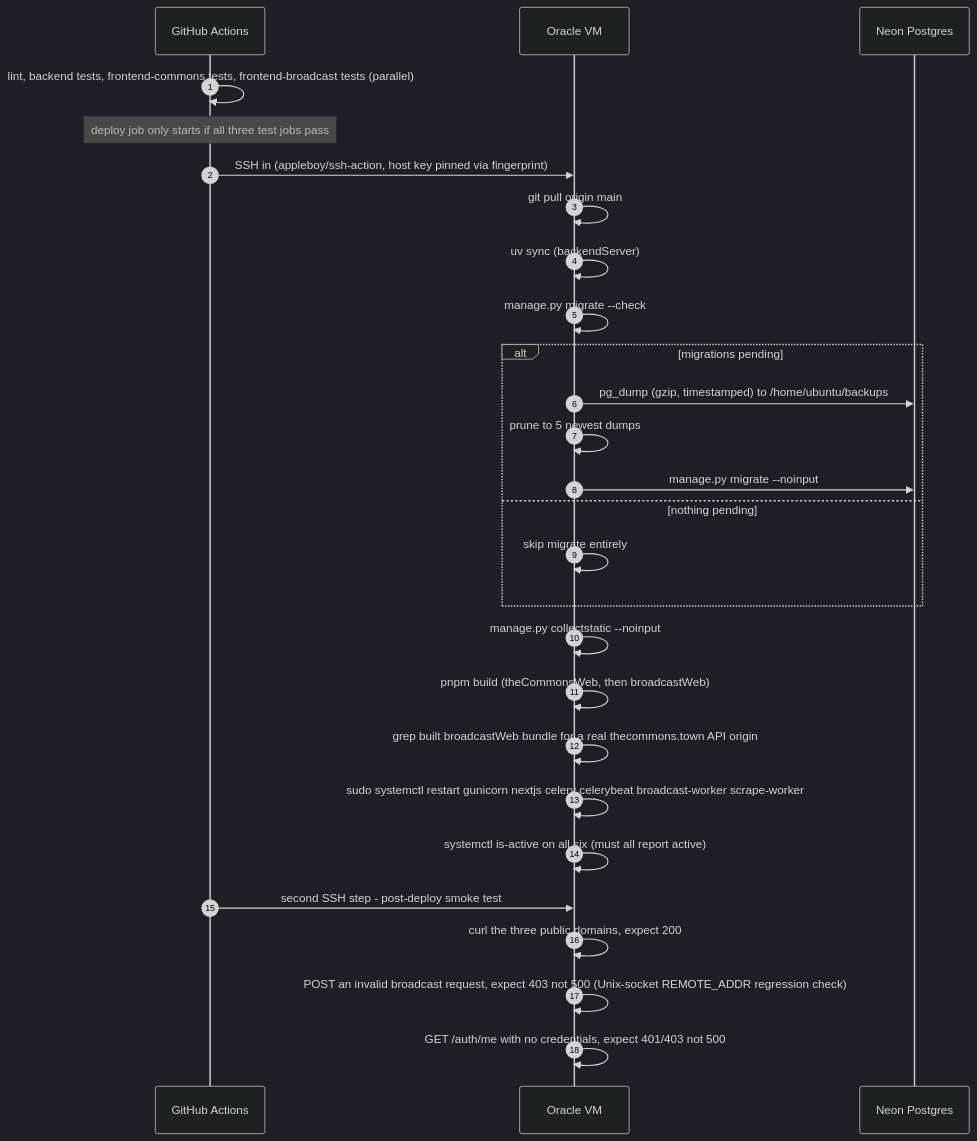
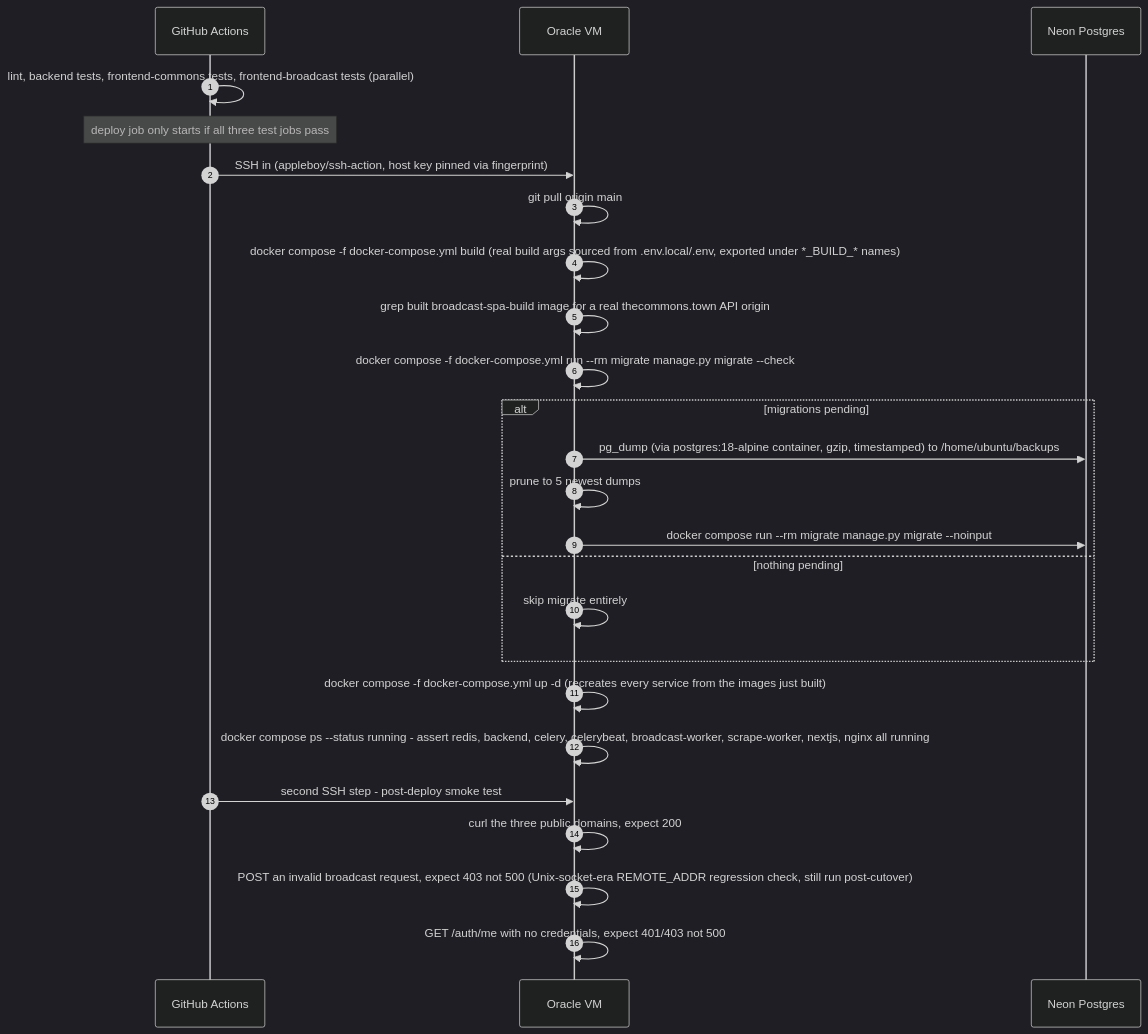
The second of 4 diagrams in human-docs/deploy-ops.md (gatherstead/thecommons), drawn with Mermaid (dark theme) before and after one commit. The commit also changed other lines of this file and 11 other files, not shown here.

````diff
--- a/human-docs/deploy-ops.md
+++ b/human-docs/deploy-ops.md
@@ -91,30 +118,28 @@
 ```mermaid
 sequenceDiagram
     autonumber
     participant GH as GitHub Actions
     participant VM as Oracle VM
     participant PG as Neon Postgres
 
     GH->>GH: lint, backend tests, frontend-commons tests, frontend-broadcast tests (parallel)
     Note over GH: deploy job only starts if all three test jobs pass
     GH->>VM: SSH in (appleboy/ssh-action, host key pinned via fingerprint)
     VM->>VM: git pull origin main
-    VM->>VM: uv sync (backendServer)
-    VM->>VM: manage.py migrate --check
+    VM->>VM: docker compose -f docker-compose.yml build (real build args sourced from .env.local/.env, exported under *_BUILD_* names)
+    VM->>VM: grep built broadcast-spa-build image for a real thecommons.town API origin
+    VM->>VM: docker compose -f docker-compose.yml run --rm migrate manage.py migrate --check
     alt migrations pending
-        VM->>PG: pg_dump (gzip, timestamped) to /home/ubuntu/backups
+        VM->>PG: pg_dump (via postgres:18-alpine container, gzip, timestamped) to /home/ubuntu/backups
         VM->>VM: prune to 5 newest dumps
-        VM->>PG: manage.py migrate --noinput
+        VM->>PG: docker compose run --rm migrate manage.py migrate --noinput
     else nothing pending
         VM->>VM: skip migrate entirely
     end
-    VM->>VM: manage.py collectstatic --noinput
-    VM->>VM: pnpm build (theCommonsWeb, then broadcastWeb)
-    VM->>VM: grep built broadcastWeb bundle for a real thecommons.town API origin
-    VM->>VM: sudo systemctl restart gunicorn nextjs celery celerybeat broadcast-worker scrape-worker
-    VM->>VM: systemctl is-active on all six (must all report active)
+    VM->>VM: docker compose -f docker-compose.yml up -d (recreates every service from the images just built)
+    VM->>VM: docker compose ps --status running - assert redis, backend, celery, celerybeat, broadcast-worker, scrape-worker, nextjs, nginx all running
     GH->>VM: second SSH step - post-deploy smoke test
     VM->>VM: curl the three public domains, expect 200
-    VM->>VM: POST an invalid broadcast request, expect 403 not 500 (Unix-socket REMOTE_ADDR regression check)
+    VM->>VM: POST an invalid broadcast request, expect 403 not 500 (Unix-socket-era REMOTE_ADDR regression check, still run post-cutover)
     VM->>VM: GET /auth/me with no credentials, expect 401/403 not 500
 ```
````
